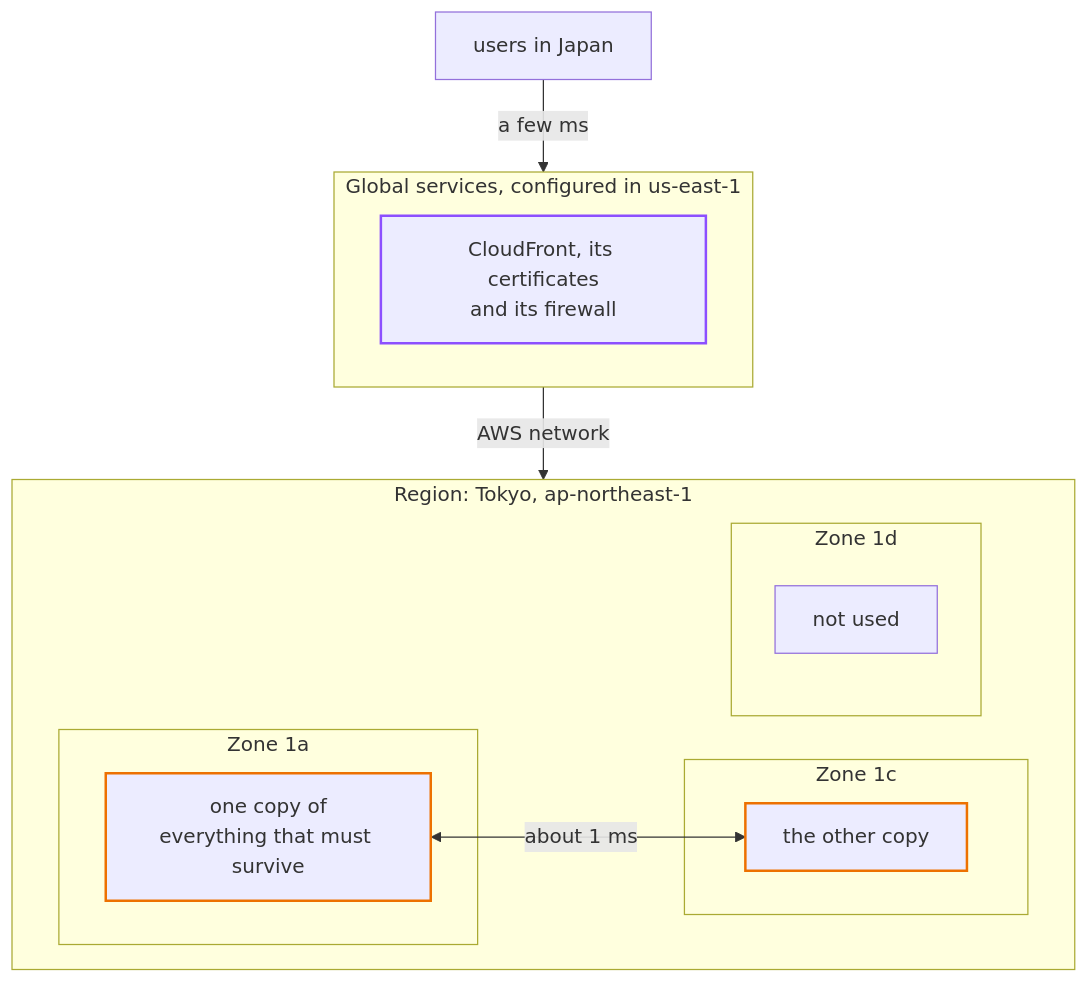
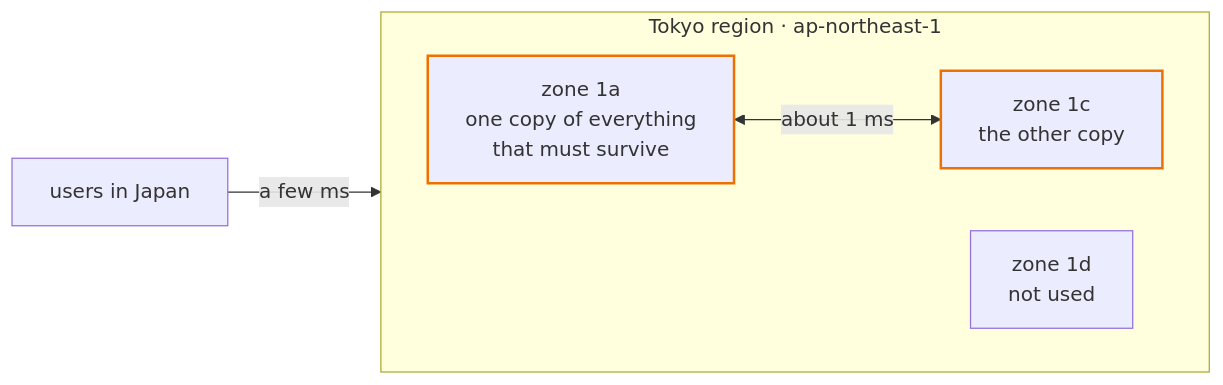
Before and after one commit to shadreza/aws-three-tier-cloud-ref-architecture: the first of 2 diagrams in docs/storybook/04-leaving-the-laptop.md, drawn with Mermaid. The commit also changed other lines of this file and 23 other files, not shown here.

````diff
--- a/docs/storybook/04-leaving-the-laptop.md
+++ b/docs/storybook/04-leaving-the-laptop.md
@@ -31,24 +29,11 @@
 ```mermaid
-flowchart TB
-    subgraph tokyo["Region: Tokyo, ap-northeast-1"]
-        subgraph a["Zone 1a"]
-            a1["one copy of<br/>everything that must survive"]
-        end
-        subgraph c["Zone 1c"]
-            c1["the other copy"]
-        end
-        subgraph d["Zone 1d"]
-            d1["not used"]
-        end
-        a1 <-->|"about 1 ms"| c1
+flowchart LR
+    users["users in Japan"] -- "a few ms" --> tokyo
+    subgraph tokyo["Tokyo region · ap-northeast-1"]
+        direction LR
+        a["zone 1a<br/>one copy of everything<br/>that must survive"] <-->|"about 1 ms"| c["zone 1c<br/>the other copy"]
+        d["zone 1d<br/>not used"]
     end
-    subgraph global["Global services, configured in us-east-1"]
-        g1["CloudFront, its certificates<br/>and its firewall"]
-    end
-    users["users in Japan"] -- "a few ms" --> global
-    global -- "AWS network" --> tokyo
-    classDef network stroke:#8C4FFF,stroke-width:2px
     classDef compute stroke:#ED7100,stroke-width:2px
-    class g1 network
-    class a1,c1 compute
+    class a,c compute
 ```
````
